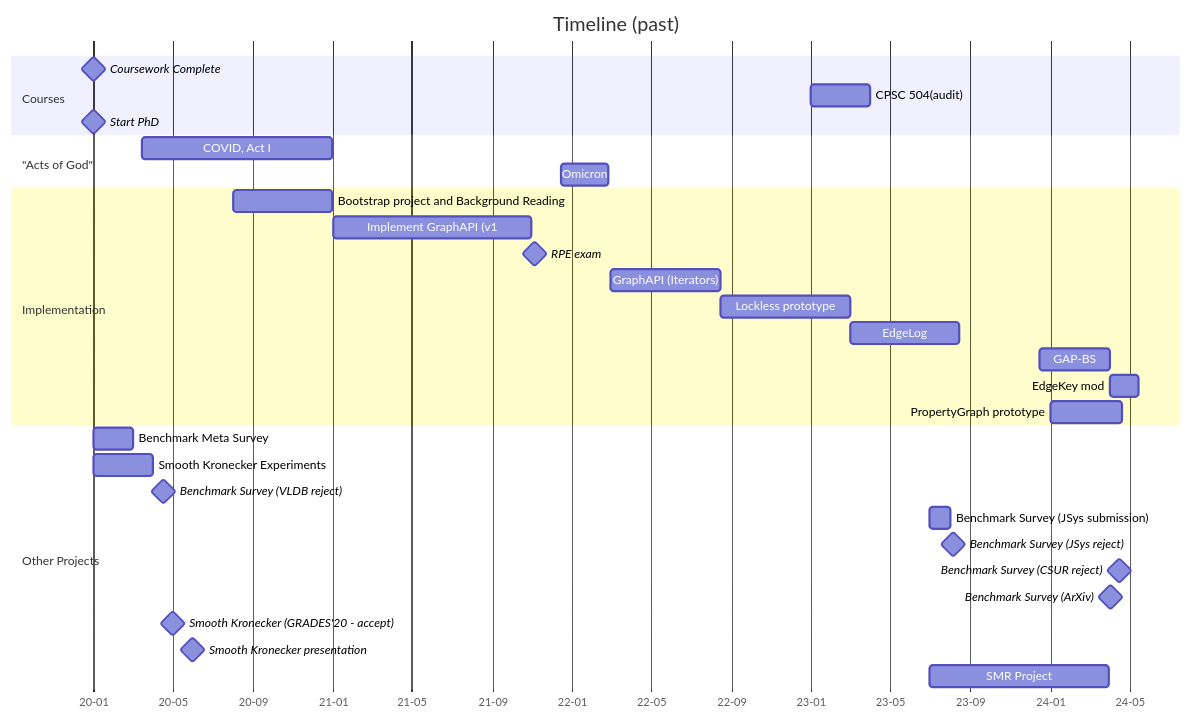
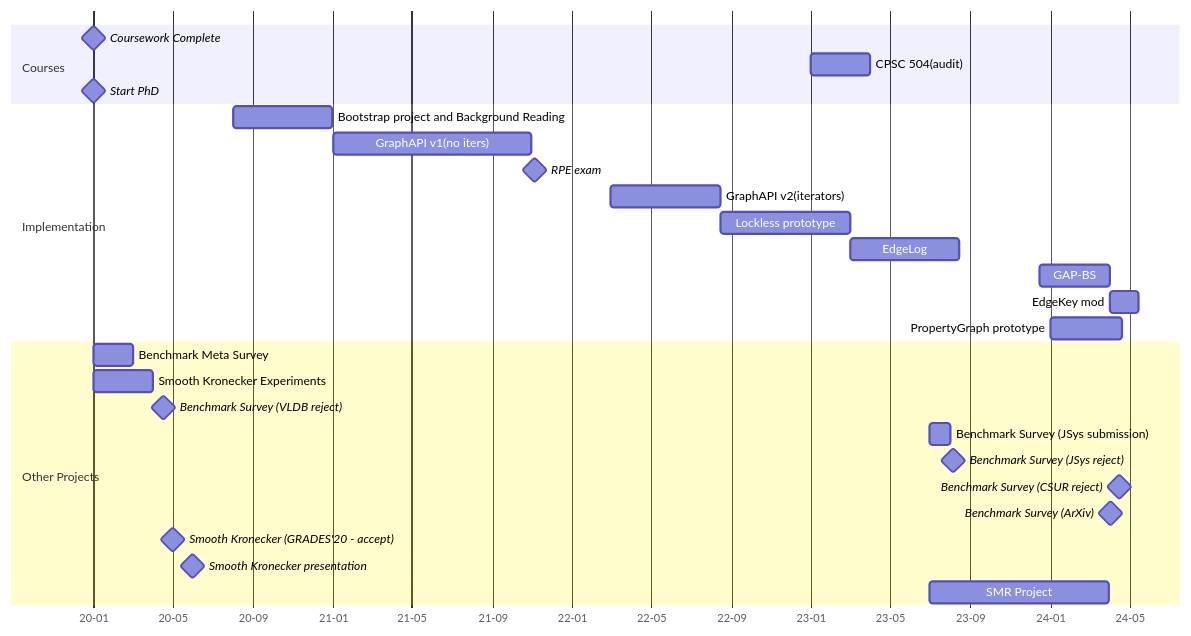
Before and after one commit to artorhem/phd_dissertation: the diagram in content/fig/timeline/past.mmd, drawn with Mermaid. The commit also changed 6 other files, not shown here.

```diff
--- a/content/fig/timeline/past.mmd
+++ b/content/fig/timeline/past.mmd
@@ -1,55 +1,53 @@
 %%{init:
     {
         'theme': 'default',
         'themeCSS': '.actorText, .messageText, .noteText { font-size: 22px !important; }'
     }
 }%%
 gantt
-    title Timeline (past)
+    %% title Timeline (past)
     dateFormat YYYY-MM-DD
     axisFormat %y-%m
     todayMarker off
     tickInterval 4month
 
 section Courses
     %% CPSC 340      :c1, 2017-09-01, 2017-12-15
     %% CPSC 527      :c2, 2017-09-01, 2017-12-15
     %% CPSC 507      :c3, 2018-01-01, 2018-04-15
     %% CPSC 521      :c4, 2018-01-01, 2018-04-15
     %% CPEN 642      :c5, 2018-09-01, 2018-12-15
     %% CPSC 513      :c6, 2018-09-01, 2018-12-15
     %% CPSC 508      :c6, 2019-01-01, 2019-04-15
     %% MSc.          :c8, 2017-09-01, 2019-11-15
     %% Finish M.Sc.            :milestone, 2019-11-15, 2019-11-15
     Coursework Complete     :milestone, 2020-01-01, 2020-01-01
     CPSC 504(audit)  :c9, 2023-01-01, 2023-04-01 
     Start PhD               :milestone, c7, 2020-01-01, 2020-01-01
-
-
-section "Acts of God"
-    COVID, Act I        :covid1, 2020-03-15, 2020-12-31
-    Omicron             :covid2, 2021-12-15, 2022-02-25
+%% section "Acts of God"
+%%     COVID, Act I        :covid1, 2020-03-15, 2020-12-31
+%%     Omicron             :covid2, 2021-12-15, 2022-02-25
 
 section Implementation
     Bootstrap project and Background Reading    :impl1, 2020-08-01, 2020-12-31
-    Implement GraphAPI (v1: no iterators)    :impl2, 2021-01-01, 2021-10-31
+    GraphAPI v1(no iters)    :impl2, 2021-01-01, 2021-10-31
     RPE exam   :milestone, m4, 2021-11-04, 2
 
-    GraphAPI (Iterators)    :impl3, 2022-03-01, 2022-08-15
+    GraphAPI v2(iterators)    :impl3, 2022-03-01, 2022-08-15
     Lockless prototype    :impl4, 2022-08-15, 2023-03-01
     EdgeLog    :impl5, 2023-03-01, 2023-08-15
     GAP-BS    :impl6, 2023-12-15, 2024-04-01
     EdgeKey mod    :impl7, 2024-04-01, 2024-05-15
     PropertyGraph prototype : impl8, 2024-01-01, 2024-04-20 
 
 section Other Projects
     Benchmark Meta Survey   :t1, 2020-01-01, 2020-03-01
     Smooth Kronecker Experiments: t2, 2020-01-01, 2020-04-01
     Benchmark Survey (VLDB reject)  :milestone, m1, 2020-04-15, 2d
     Benchmark Survey (JSys submission)  :t3, 2023-07-01, 2023-08-01
     Benchmark Survey (JSys reject)  :milestone, m5, 2023-08-05, 2d
     Benchmark Survey (CSUR reject)  :milestone, 2024-04-15, 2d
     Benchmark Survey (ArXiv)  :milestone, 2024-04-01, 2d
     Smooth Kronecker (GRADES'20 - accept)   :milestone, m2, 2020-05-01, 2
     Smooth Kronecker presentation :milestone, m3, 2020-06-01, 2
     SMR Project    :proj1, 2023-07-01, 2024-03-31
```
